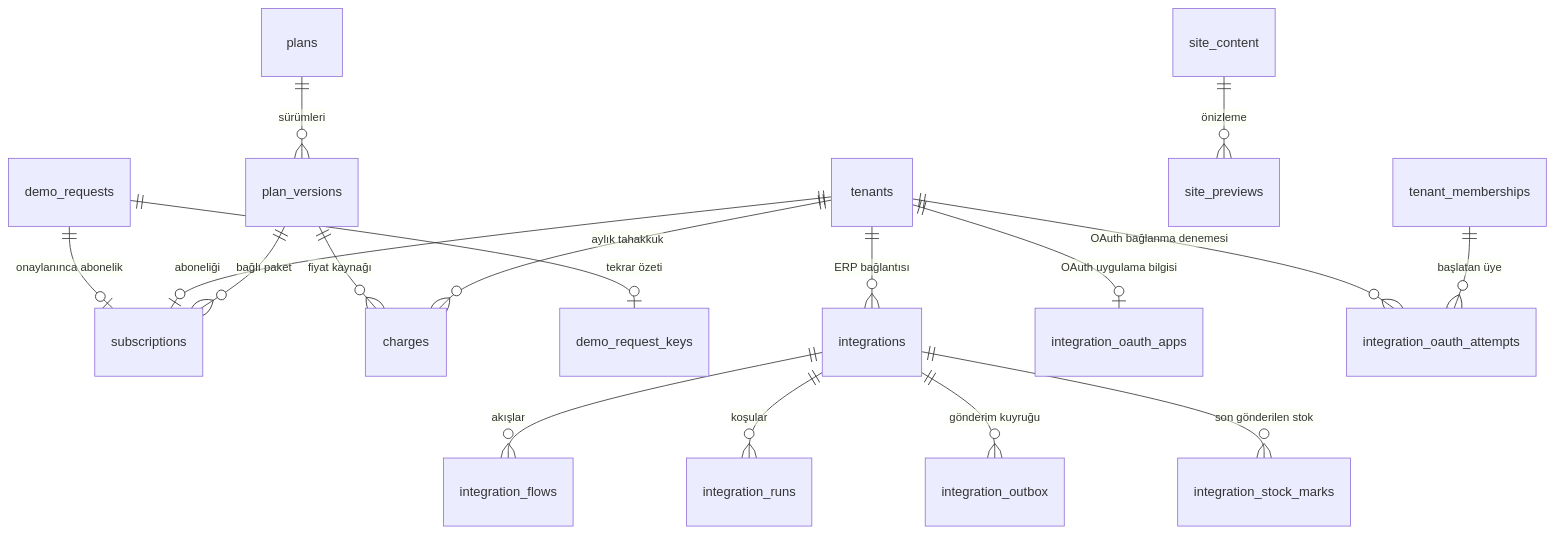
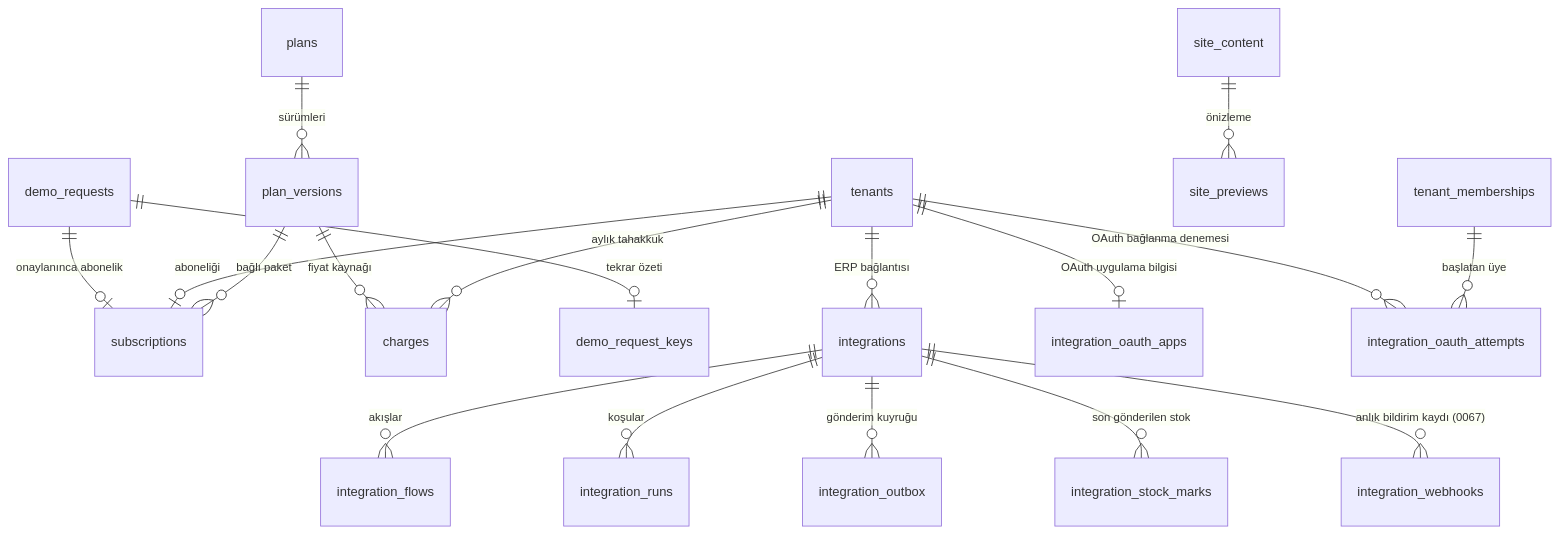
The third of 6 diagrams in docs/fonksiyonel-mimari/03b-veri-sozlugu-kimlik-platform.md (shosgoren/EtkinWMS), drawn with Mermaid before and after one commit. The commit also changed other lines of this file and 9 other files, not shown here.

````diff
--- a/docs/fonksiyonel-mimari/03b-veri-sozlugu-kimlik-platform.md
+++ b/docs/fonksiyonel-mimari/03b-veri-sozlugu-kimlik-platform.md
@@ -117,19 +117,20 @@
 ```mermaid
 erDiagram
     demo_requests ||--o| subscriptions : "onaylanınca abonelik"
     tenants ||--o| subscriptions : "aboneliği"
     plans ||--o{ plan_versions : "sürümleri"
     plan_versions ||--o{ subscriptions : "bağlı paket"
     plan_versions ||--o{ charges : "fiyat kaynağı"
     tenants ||--o{ charges : "aylık tahakkuk"
     site_content ||--o{ site_previews : "önizleme"
     demo_requests ||--o| demo_request_keys : "tekrar özeti"
     tenants ||--o{ integrations : "ERP bağlantısı"
     integrations ||--o{ integration_flows : "akışlar"
     integrations ||--o{ integration_runs : "koşular"
     integrations ||--o{ integration_outbox : "gönderim kuyruğu"
     integrations ||--o{ integration_stock_marks : "son gönderilen stok"
+    integrations ||--o{ integration_webhooks : "anlık bildirim kaydı (0067)"
     tenants ||--o| integration_oauth_apps : "OAuth uygulama bilgisi"
     tenants ||--o{ integration_oauth_attempts : "OAuth bağlanma denemesi"
     tenant_memberships ||--o{ integration_oauth_attempts : "başlatan üye"
 ```
````
